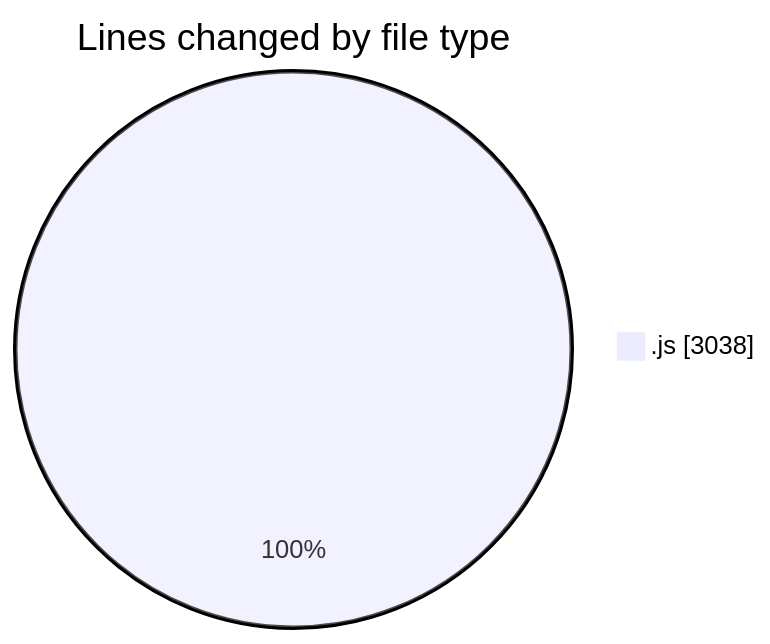
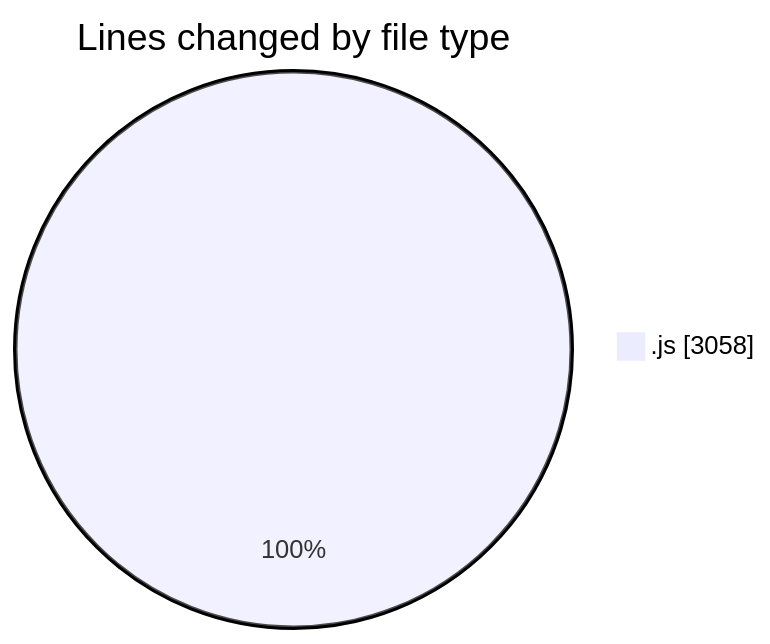
The first of 2 diagrams in 2025-09-24/nxtqube_webapp/README.md (nxtqubesakshisongat/code-tracking), drawn with Mermaid before and after one commit. The commit also changed other lines of this file and 1 other file, not shown here.

````diff
--- a/2025-09-24/nxtqube_webapp/README.md
+++ b/2025-09-24/nxtqube_webapp/README.md
@@ -21,5 +21,5 @@
 ```mermaid
 pie showData
 title Lines changed by file type
-".js" : 3038
+".js" : 3058
 ```
````
